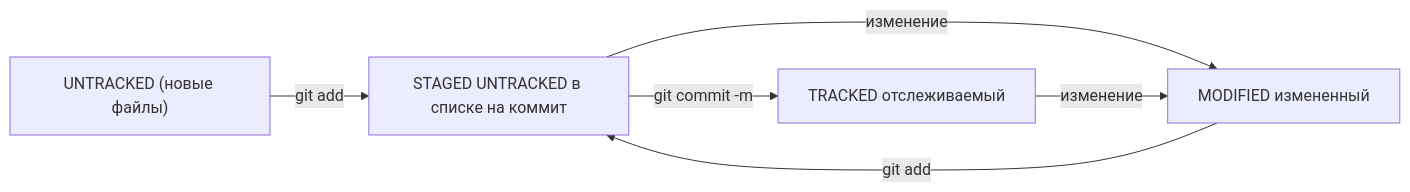
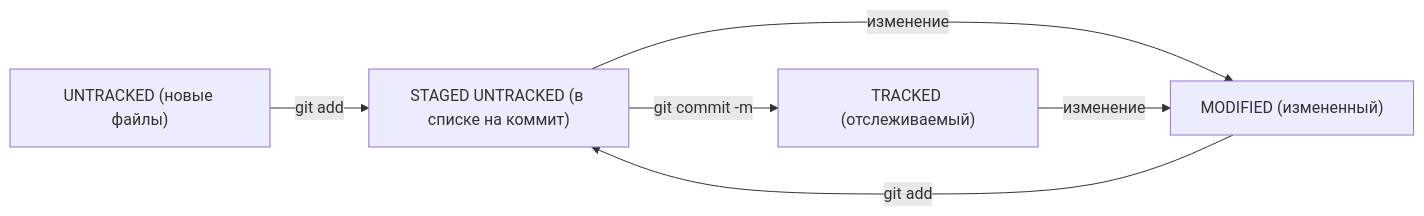
The diagram in README.md (01rbr/assistant-project), drawn with Mermaid before and after one commit.

Commit message:
Тест формата Mermaid

````diff
--- a/README.md
+++ b/README.md
@@ -85,8 +85,8 @@
 ```mermaid
 graph LR;
-   A["UNTRACKED (новые файлы)"] -- "git add"--> B[STAGED UNTRACKED в списке на коммит];
-   C[MODIFIED измененный] -- "git add"--> B[STAGED UNTRACKED в списке на коммит];
-   B[STAGED UNTRACKED в списке на коммит] -- "изменение" --> C[MODIFIED измененный];
-   B[STAGED UNTRACKED в списке на коммит] -- "git commit -m" --> D[TRACKED отслеживаемый];
-   D[TRACKED отслеживаемый] -- "изменение" --> C[MODIFIED измененный];
+   A["UNTRACKED (новые файлы)"] -- "git add"--> B["STAGED UNTRACKED (в списке на коммит)"];
+   C["MODIFIED (измененный)"] -- "git add"--> B["STAGED UNTRACKED (в списке на коммит)"];
+   B["STAGED UNTRACKED (в списке на коммит)"] -- "изменение" --> C["MODIFIED (измененный)"];
+   B["STAGED UNTRACKED (в списке на коммит)"] -- "git commit -m" --> D["TRACKED (отслеживаемый)"];
+   D["TRACKED (отслеживаемый)"] -- "изменение" --> C["MODIFIED (измененный)"];
 ``` 
````
